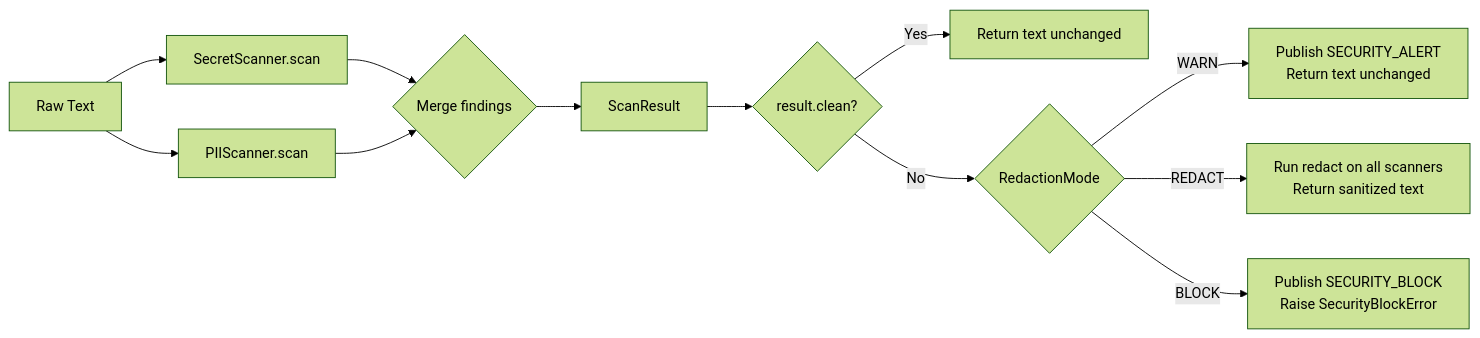
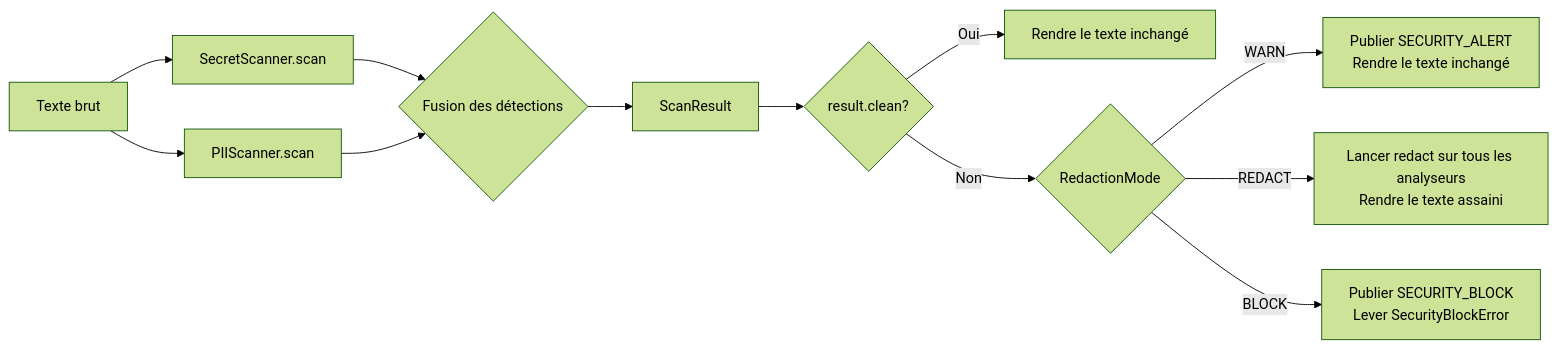
The first of 6 diagrams in docs/architecture/security.md (carlitoetienne01-spec/Diapason), drawn with Mermaid (forest theme) before and after one commit. The commit also changed other lines of this file and 257 other files, not shown here.

````diff
--- a/docs/architecture/security.md
+++ b/docs/architecture/security.md
@@ -20,14 +20,14 @@
 ```mermaid
 flowchart LR
-    A[Raw Text] --> B[SecretScanner.scan]
+    A[Texte brut] --> B[SecretScanner.scan]
     A --> C[PIIScanner.scan]
-    B --> D{Merge findings}
+    B --> D{Fusion des détections}
     C --> D
     D --> E[ScanResult]
     E --> F{result.clean?}
-    F -- Yes --> G[Return text unchanged]
-    F -- No --> H{RedactionMode}
-    H -- WARN --> I[Publish SECURITY_ALERT\nReturn text unchanged]
-    H -- REDACT --> J[Run redact on all scanners\nReturn sanitized text]
-    H -- BLOCK --> K[Publish SECURITY_BLOCK\nRaise SecurityBlockError]
+    F -- Oui --> G[Rendre le texte inchangé]
+    F -- Non --> H{RedactionMode}
+    H -- WARN --> I[Publier SECURITY_ALERT\nRendre le texte inchangé]
+    H -- REDACT --> J[Lancer redact sur tous les analyseurs\nRendre le texte assaini]
+    H -- BLOCK --> K[Publier SECURITY_BLOCK\nLever SecurityBlockError]
 ```
````
